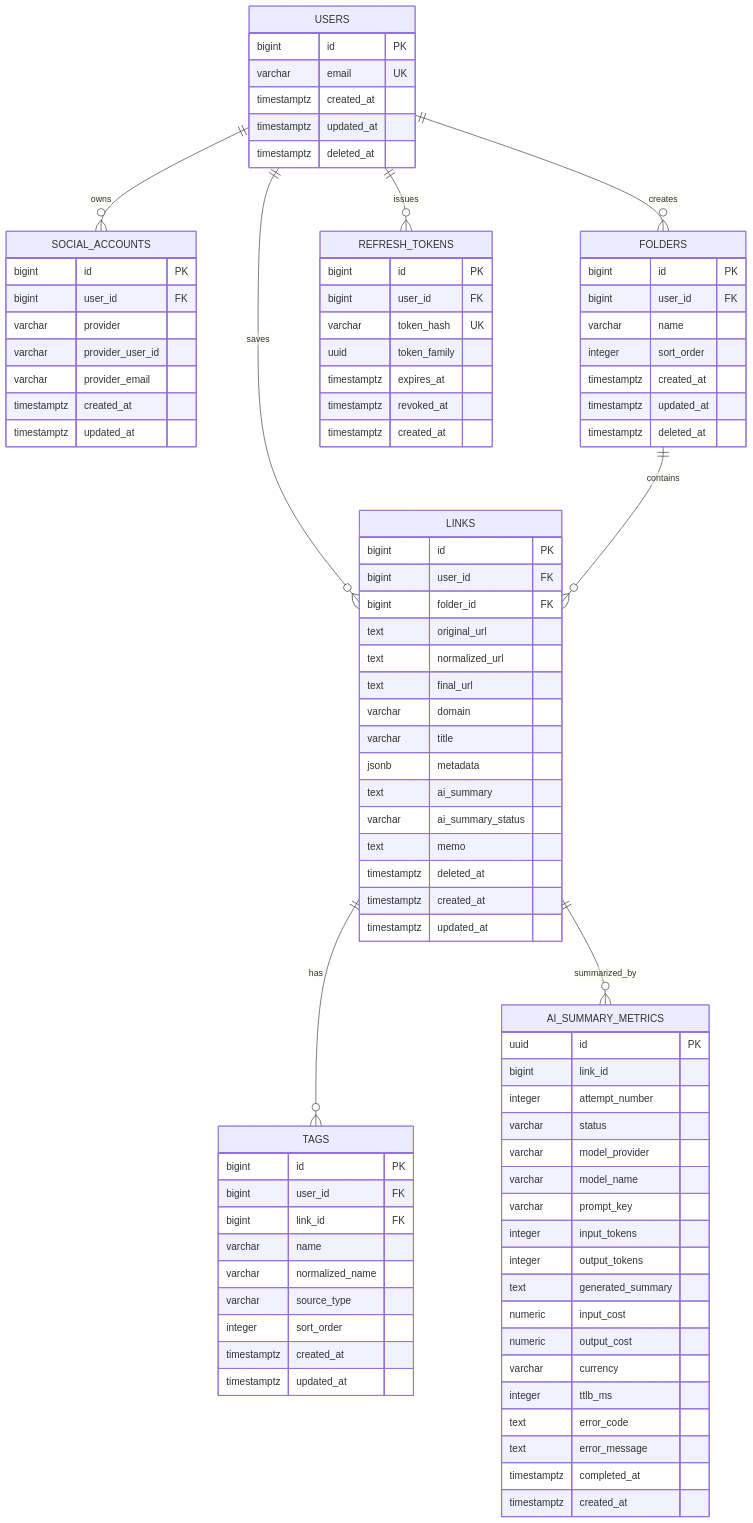
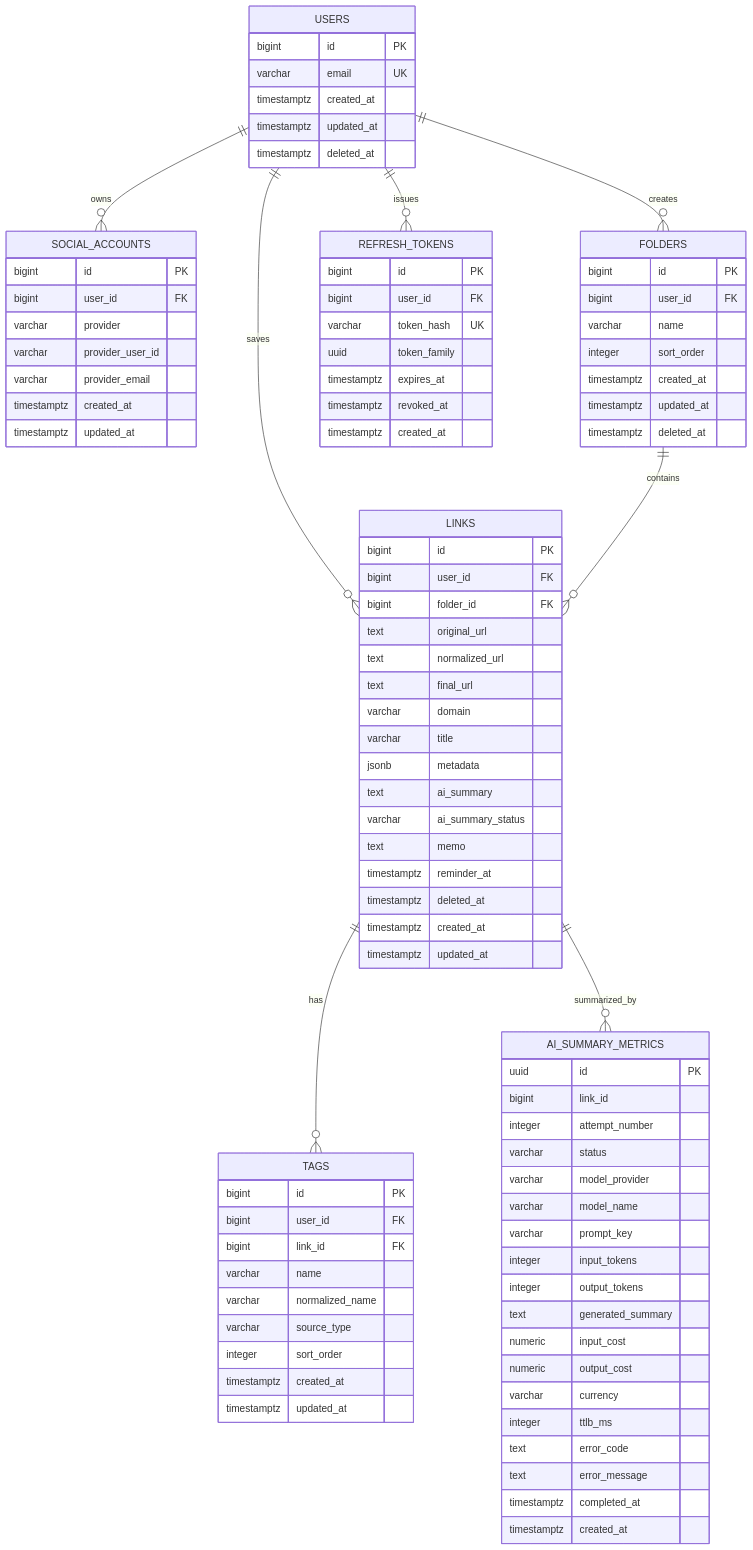
Before and after one commit to mash-up-kr/Promise.9-Server: the diagram in docs/database/erd.md, drawn with Mermaid. The commit also changed 9 other files, not shown here.

```diff
--- a/docs/database/erd.md
+++ b/docs/database/erd.md
@@ -67,6 +67,7 @@
     text ai_summary
     varchar ai_summary_status
     text memo
+    timestamptz reminder_at
     timestamptz deleted_at
     timestamptz created_at
     timestamptz updated_at
```
